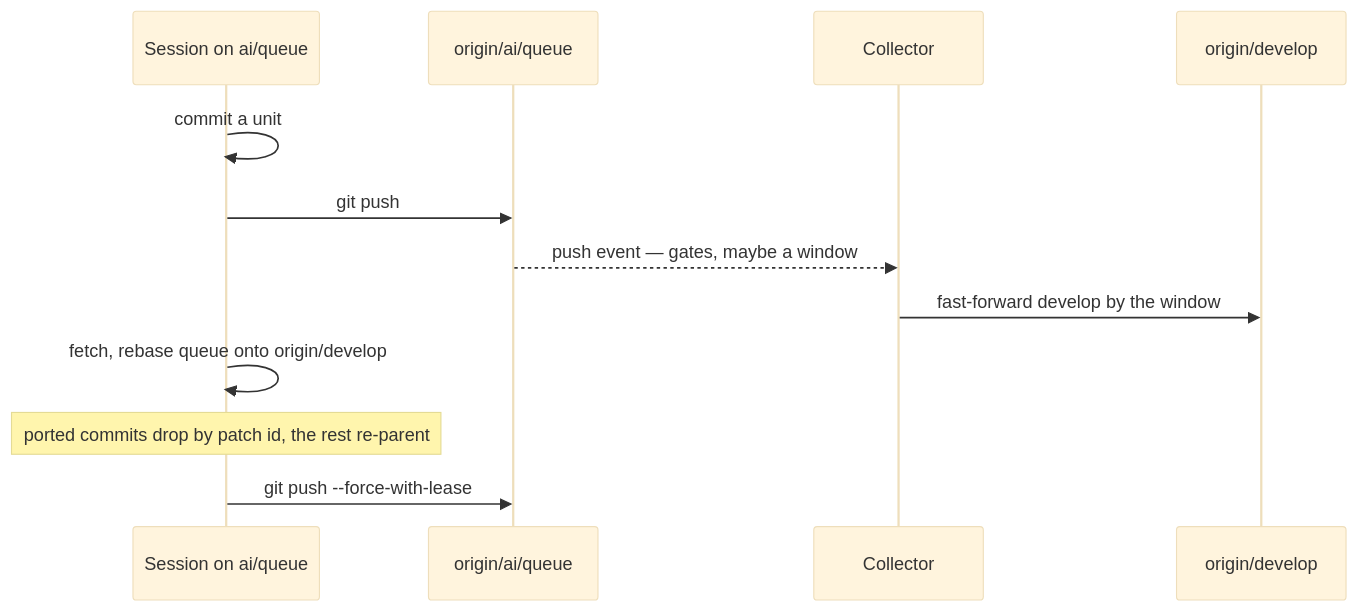
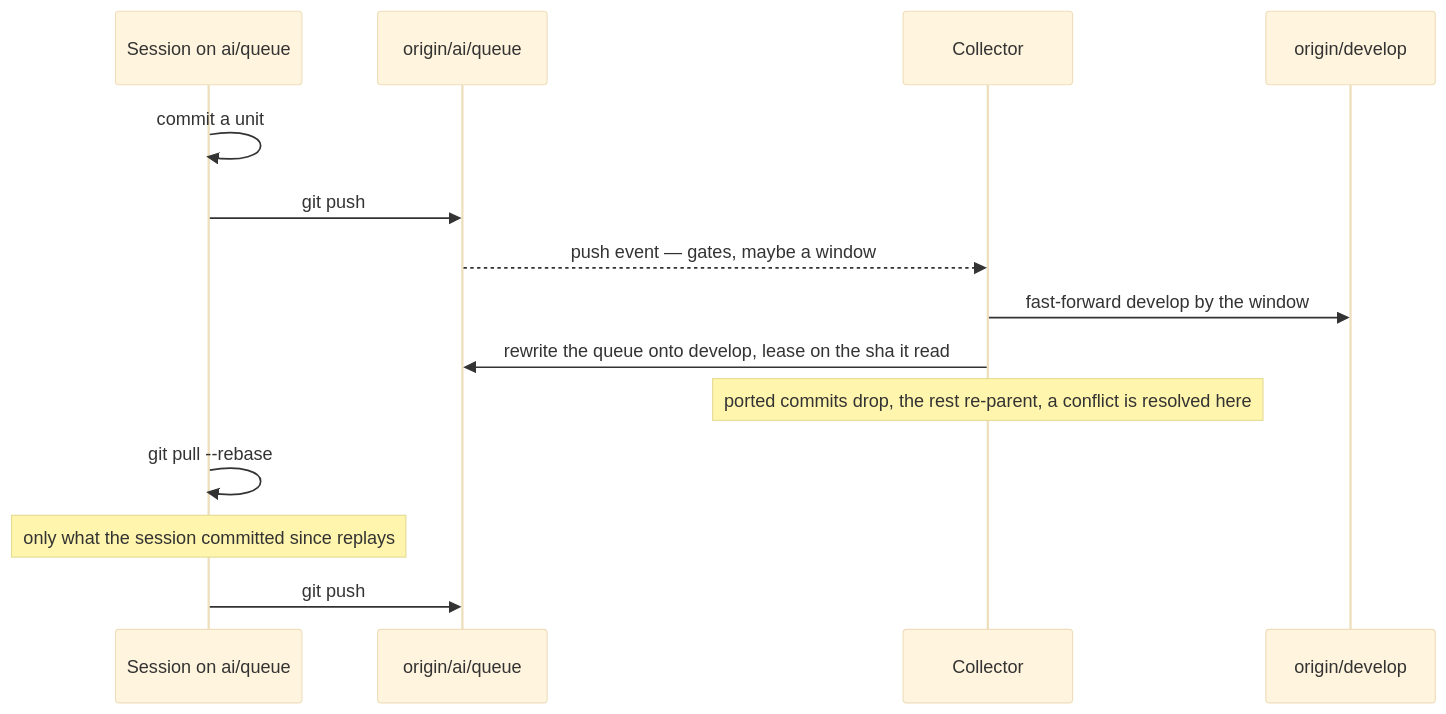
One commit to Esposter/Esposter changed the diagram in apps/web/content/docs/infra/review-collector/two-writers.md. Above: the diagram before and after it, drawn with Mermaid (base theme). The commit also changed other lines of this file and 30 other files, not shown here.

````diff
--- a/apps/web/content/docs/infra/review-collector/two-writers.md
+++ b/apps/web/content/docs/infra/review-collector/two-writers.md
@@ -19,14 +21,16 @@
 ```mermaid
 sequenceDiagram
   participant S as Session on ai/queue
   participant Q as origin/ai/queue
   participant C as Collector
   participant D as origin/develop
   S->>S: commit a unit
   S->>Q: git push
   Q-->>C: push event — gates, maybe a window
   C->>D: fast-forward develop by the window
-  S->>S: fetch, rebase queue onto origin/develop
-  Note over S: ported commits drop by patch id, the rest re-parent
-  S->>Q: git push --force-with-lease
+  C->>Q: rewrite the queue onto develop, lease on the sha it read
+  Note over C: ported commits drop, the rest re-parent, a conflict is resolved here
+  S->>S: git pull --rebase
+  Note over S: only what the session committed since replays
+  S->>Q: git push
 ```
````
